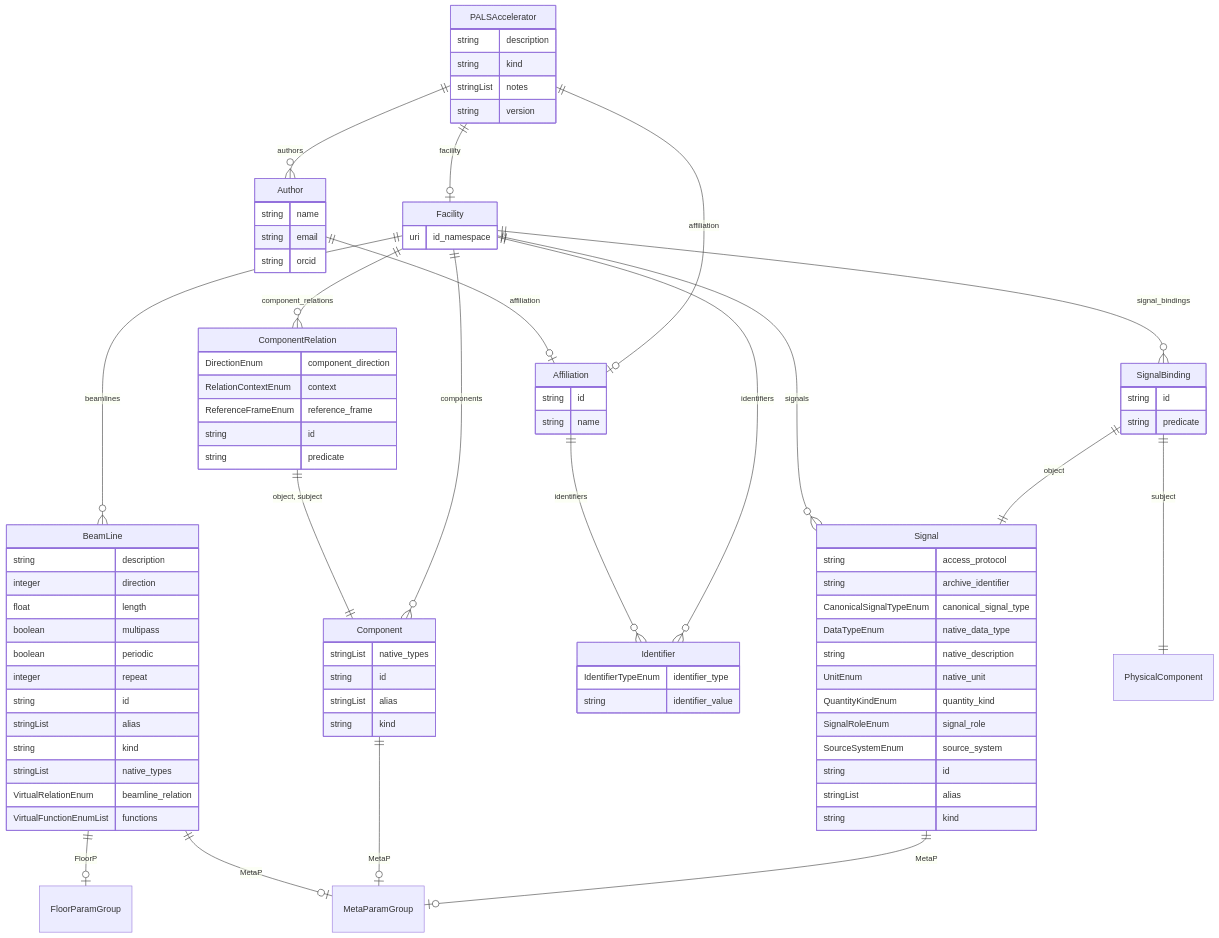
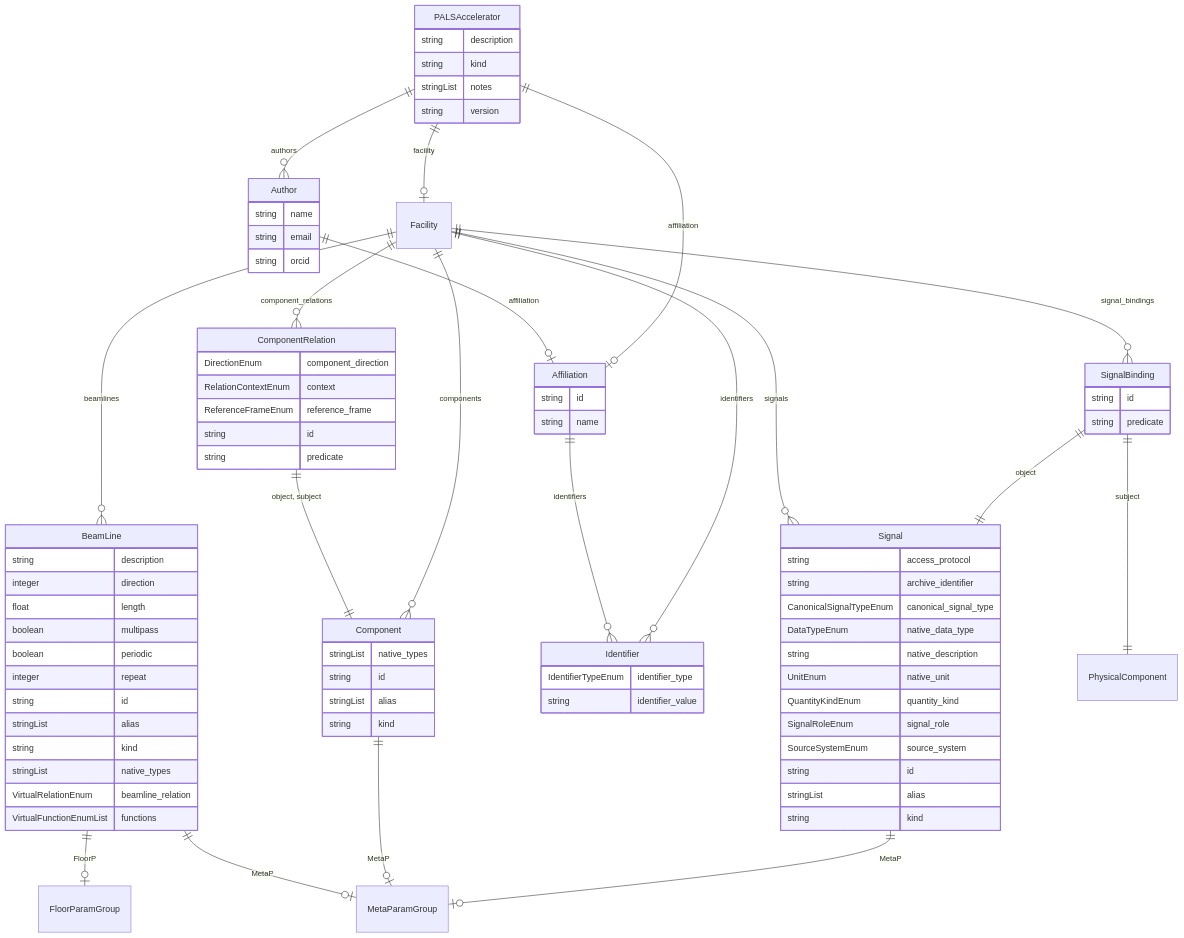
One commit to pals-project/pals-facility-config changed the diagram in docs/elements/classes/PALSAccelerator.md. Above: the diagram before and after it, drawn with Mermaid. The commit also changed 3 other files, not shown here.

First line of the commit message:
Regenerate schema docs after removal of Facility.id_namespace

```diff
--- a/docs/elements/classes/PALSAccelerator.md
+++ b/docs/elements/classes/PALSAccelerator.md
@@ -51,7 +51,7 @@
     string predicate  
 }
 Facility {
-    uri id_namespace  
+
 }
 Identifier {
     IdentifierTypeEnum identifier_type  
```
